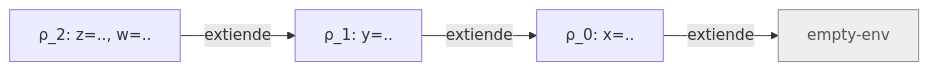
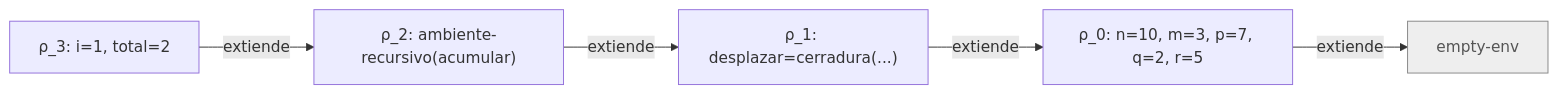
Before and after one commit to NicolleHoyosUV/flp-2026-2-taller-02-cauca: the fourth of 4 diagrams in docs/informe-ast.md, drawn with Mermaid. The commit also changed other lines of this file and 2 other files, not shown here.

````diff
--- a/docs/informe-ast.md
+++ b/docs/informe-ast.md
@@ -138,8 +267,9 @@
 ```mermaid
 graph LR
-  E2[ρ_2: z=.., w=..] -->|extiende| E1[ρ_1: y=..]
-  E1 -->|extiende| E0[ρ_0: x=..]
-  E0 -->|extiende| V[empty-env]
-  classDef empty fill:#eee,stroke:#888,color:#555;
-  class V empty;
+    E3["ρ_3: i=1, total=2"] -->|extiende| E2["ρ_2: ambiente-recursivo(acumular)"]
+    E2 -->|extiende| E1["ρ_1: desplazar=cerradura(...)"]
+    E1 -->|extiende| E0["ρ_0: n=10, m=3, p=7, q=2, r=5"]
+    E0 -->|extiende| V[empty-env]
+    classDef empty fill:#eee,stroke:#888,color:#555;
+    class V empty;
 ```
````
